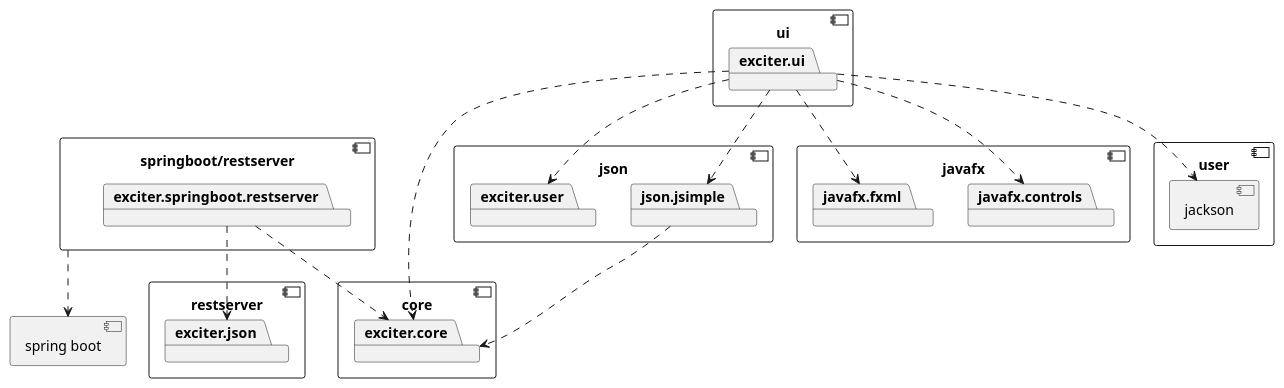
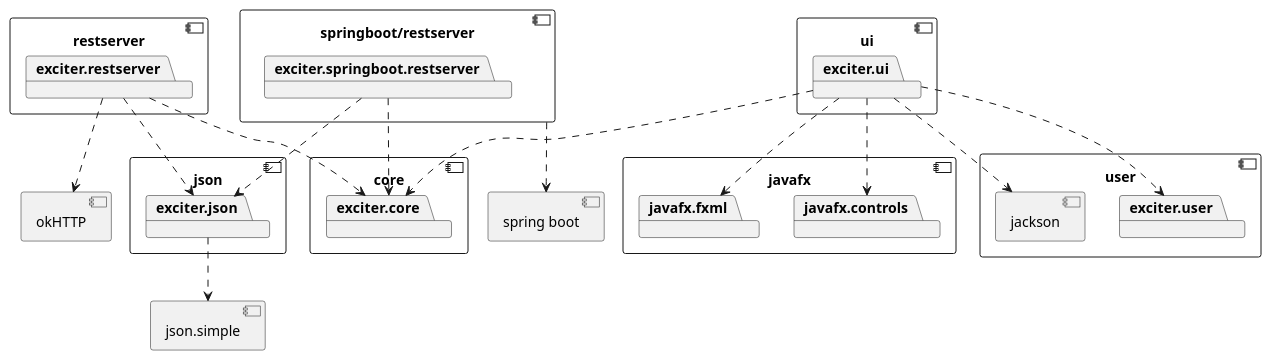
Before and after one commit to Tordsg/Xcitr: the diagram in docs/release 3/release3.plantuml, drawn with PlantUML.

Commit message:
edited planUML diagram

```diff
--- a/docs/release 3/release3.plantuml
+++ b/docs/release 3/release3.plantuml
@@ -1,63 +1,67 @@
 @startuml 
 
 component core{
     package exciter.core
 }
 
 component ui{
     package exciter.ui
 }
 
 component json{
-    package json.jsimple
-    package exciter.core
-    package exciter.user
+    package exciter.json
     
 }
 
 component javafx{
     package javafx.controls
     package javafx.fxml
 }
 
 component restserver{
-    package exciter.core
-    package exciter.json
-    package exciter.user
+    package exciter.restserver
 
 }
 
 component user {
     package jackson
+    package exciter.user
+
+}
+component json.simple{
 
 }
 
 component jackson {
 }
 
 component "springboot/restserver" as springboot.restserver {
 	package exciter.springboot.restserver
 }
 
 exciter.springboot.restserver ..> exciter.core
 exciter.springboot.restserver ..> exciter.json
 
 component "spring boot" as springboot {
 }
 
+component okHTTP {
+
+}
+exciter.restserver ..> okHTTP
 springboot.restserver ..> springboot
-
+exciter.restserver ..> exciter.json
+exciter.restserver ..>exciter.core
 exciter.ui ..> exciter.core
-exciter.ui ..> json.jsimple
 exciter.ui ..> javafx.controls
 exciter.ui ..> javafx.fxml
 exciter.ui ..> exciter.user
 
 
-json.jsimple ..> exciter.core
 exciter.ui ..> jackson
+exciter.json ..> json.simple
 
 
 
 
 @enduml
```
